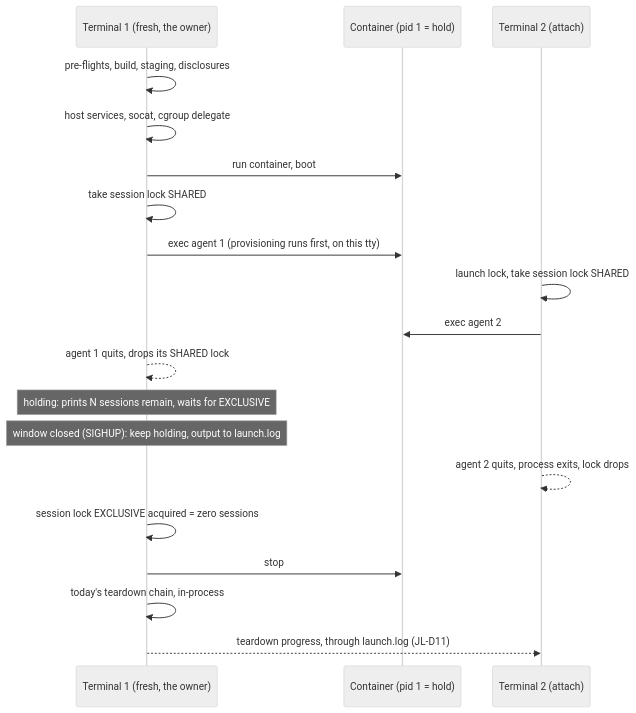
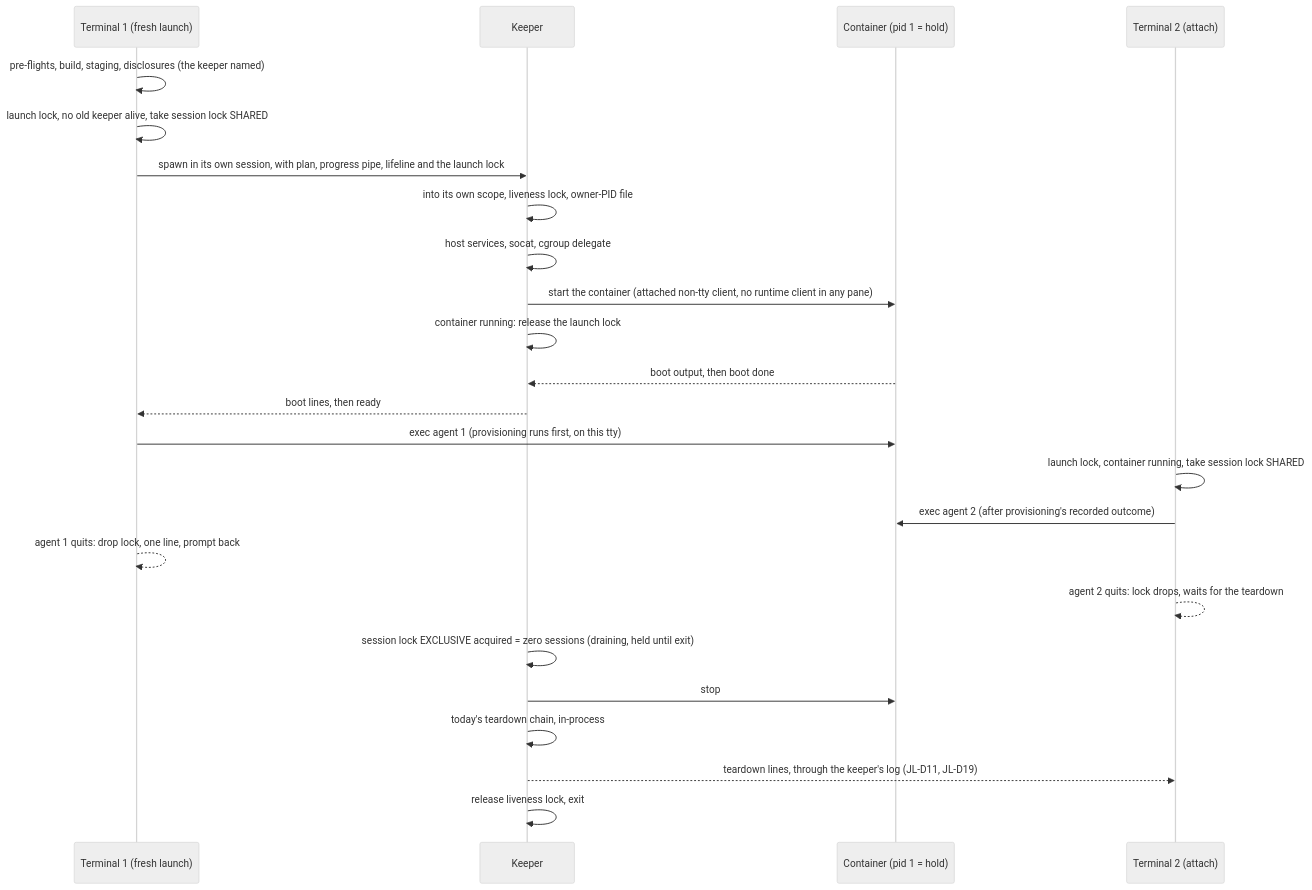
Before and after one commit to mschulkind-oss/yolo-jail: the first of 2 diagrams in docs/design/jail-lifetime-last-session-wins.md, drawn with Mermaid (neutral theme). The commit also changed other lines of this file, not shown here.

Commit message:
docs(design): the per-jail keeper (OQ-JL1 directed): the first terminal gets its prompt back, re-entering attaches, the keeper ends itself; JL-D24..D28; OQ-JL5..JL8 open

````diff
--- a/docs/design/jail-lifetime-last-session-wins.md
+++ b/docs/design/jail-lifetime-last-session-wins.md
@@ -285,21 +410,26 @@
 ```mermaid
 sequenceDiagram
-    participant T1 as Terminal 1 (fresh, the owner)
+    participant T1 as Terminal 1 (fresh launch)
+    participant K as Keeper
     participant C as Container (pid 1 = hold)
     participant T2 as Terminal 2 (attach)
-    T1->>T1: pre-flights, build, staging, disclosures
-    T1->>T1: host services, socat, cgroup delegate
-    T1->>C: run container, boot
-    T1->>T1: take session lock SHARED
+    T1->>T1: pre-flights, build, staging, disclosures (the keeper named)
+    T1->>T1: launch lock, no old keeper alive, take session lock SHARED
+    T1->>K: spawn in its own session, with plan, progress pipe, lifeline and the launch lock
+    K->>K: into its own scope, liveness lock, owner-PID file
+    K->>K: host services, socat, cgroup delegate
+    K->>C: start the container (attached non-tty client, no runtime client in any pane)
+    K->>K: container running: release the launch lock
+    C-->>K: boot output, then boot done
+    K-->>T1: boot lines, then ready
     T1->>C: exec agent 1 (provisioning runs first, on this tty)
-    T2->>T2: launch lock, take session lock SHARED
-    T2->>C: exec agent 2
-    T1-->>T1: agent 1 quits, drops its SHARED lock
-    Note over T1: holding: prints N sessions remain, waits for EXCLUSIVE
-    Note over T1: window closed (SIGHUP): keep holding, output to launch.log
-    T2-->>T2: agent 2 quits, process exits, lock drops
-    T1->>T1: session lock EXCLUSIVE acquired = zero sessions
-    T1->>C: stop
-    T1->>T1: today's teardown chain, in-process
-    T1-->>T2: teardown progress, through launch.log (JL-D11)
+    T2->>T2: launch lock, container running, take session lock SHARED
+    T2->>C: exec agent 2 (after provisioning's recorded outcome)
+    T1-->>T1: agent 1 quits: drop lock, one line, prompt back
+    T2-->>T2: agent 2 quits: lock drops, waits for the teardown
+    K->>K: session lock EXCLUSIVE acquired = zero sessions (draining, held until exit)
+    K->>C: stop
+    K->>K: today's teardown chain, in-process
+    K-->>T2: teardown lines, through the keeper's log (JL-D11, JL-D19)
+    K->>K: release liveness lock, exit
 ```
````
